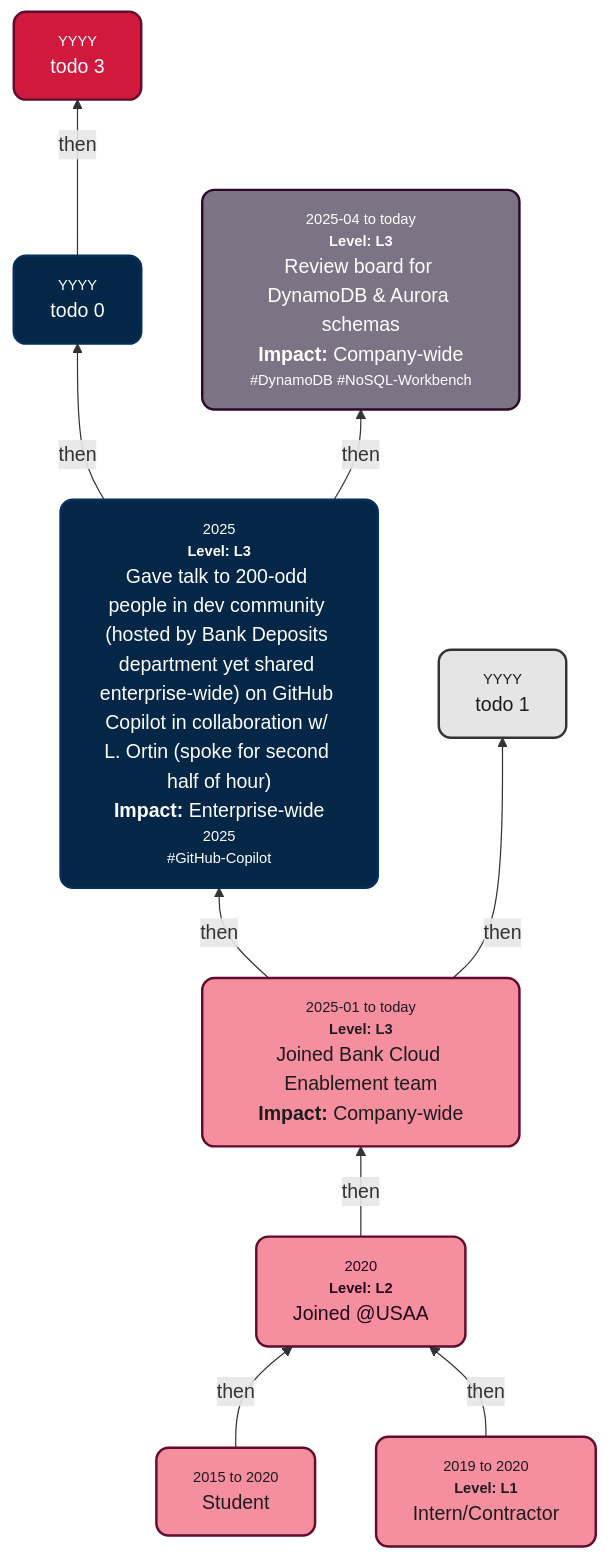
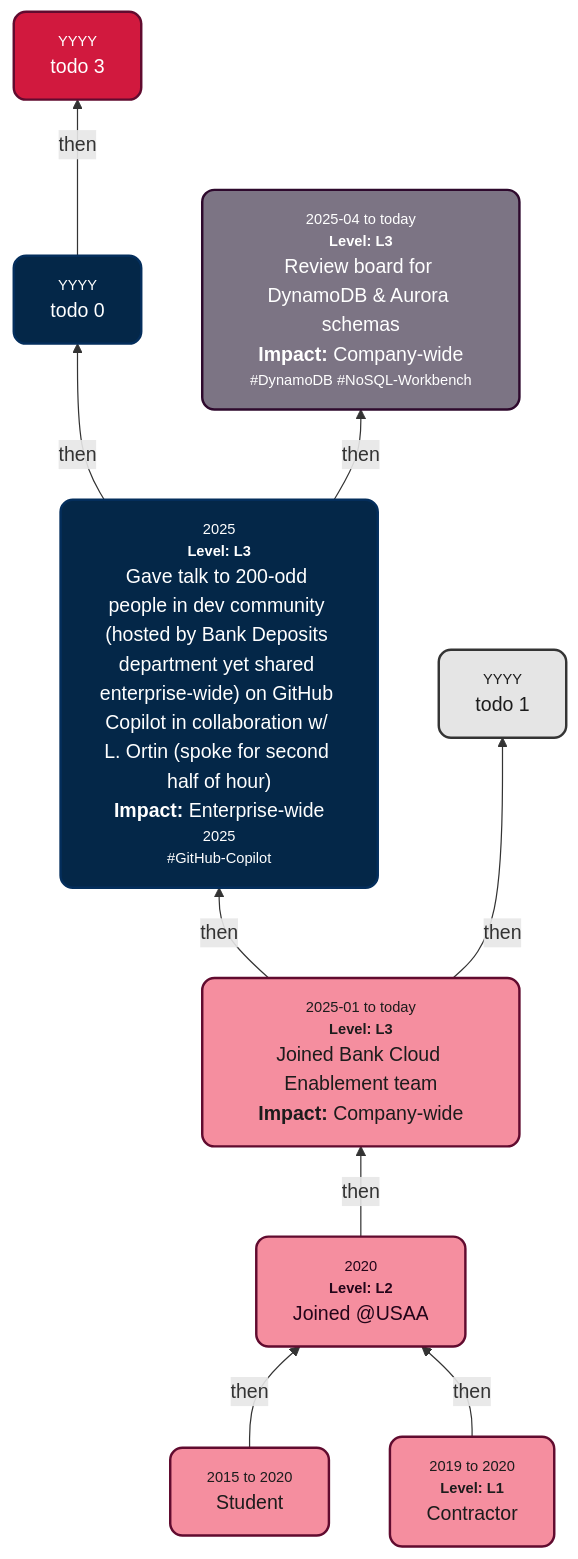
Before and after one commit to s-sepanski/portfolio: the diagram in README.md, drawn with Mermaid. The commit also changed other lines of this file and 1 other file, not shown here.

Commit message:
task: content

````diff
--- a/README.md
+++ b/README.md
@@ -37,22 +37,22 @@
 ```mermaid
 graph BT
     PreStudentNode["<div style='font-size:75%;  color:#848484; text-align:center;'>2015 to 2020</div>Student"] -->|then| A["<div style='font-size:75%; color:#848484; text-align:center;'>2020</div><div style='font-size:75%; color:#848484; text-align:center;'><b>Level: L2</b><br/></div>Joined @USAA<br>"]
-    ContractorNode["<div style='font-size:75%; color:#848484; text-align:center;'>2019 to 2020</div><div style='font-size:75%; color:#848484; text-align:center;'><b>Level: L1</b></div>Intern/Contractor"] -->|then| A
+    ContractorNode["<div style='font-size:75%; color:#848484; text-align:center;'>2019 to 2020</div><div style='font-size:75%; color:#848484; text-align:center;'><b>Level: L1</b></div>Contractor"] -->|then| A
     A -->|then| B["<div style='font-size:75%; color:#848484; text-align:center;'>2025-01 to today</div><div style='font-size:75%; color:#848484; text-align:center;'><b>Level: L3</b><br/></div>Joined Bank Cloud Enablement team<br/><b>Impact: </b>Company-wide"]
     B -->|then| C["<div style='font-size:75%; color:#848484; text-align:center;'>2025</div><div style='font-size:75%; color:#848484; text-align:center;'><b>Level: L3</b><br/></div>Gave talk to 200-odd people in dev community (hosted by Bank Deposits department yet shared enterprise-wide) on GitHub Copilot in collaboration w/ L. Ortin (spoke for second half of hour)<br/><b>Impact: </b>Enterprise-wide<div style='font-size:75%; color:#848484; text-align:center;'>2025</div><div style='font-size:75%; color:#848484; text-align:center;'>#GitHub-Copilot<br/></div>"]
     C -->|then| D["<div style='font-size:75%; color:#848484; text-align:center;'>YYYY</div>todo 0"]
     B -->|then| E["<div style='font-size:75%; color:#848484; text-align:center;'>YYYY</div>todo 1"]
     C -->|then| F["<div style='font-size:75%; color:#848484; text-align:center;'>2025-04 to today</div><div style='font-size:75%; color:#848484; text-align:center;'><b>Level: L3</b><br/></div>Review board for DynamoDB & Aurora schemas<br/><b>Impact: </b>Company-wide<div style='font-size:75%; color:#848484; text-align:center;'>#DynamoDB #NoSQL-Workbench<br/></div>"]
     D -->|then| G["<div style='font-size:75%; color:#848484; text-align:center;'>YYYY</div>todo 3"]
     style PreStudentNode fill:#f58e9f,stroke:#610b2f,stroke-width:2px,color:#1c1c1c
     style ContractorNode fill:#f58e9f,stroke:#610b2f,stroke-width:2px,color:#1c1c1c
     style A fill:#f58e9f,stroke:#610b2f,stroke-width:2px,color:#230519
     style B fill:#f58e9f,stroke:#610b2f,stroke-width:2px,color:#1c1c1c
     style C fill:#042748,stroke:#042e5c,stroke-width:2px,color:#FFFFFF
     style D fill:#042748,stroke:#042e5c,stroke-width:2px,color:#FFFFFF
     style E fill:#e5e5e5,stroke:#343434,stroke-width:2px,color:#1c1c1c
     style F fill:#7c7484,stroke:#2e092d,stroke-width:2px,color:#FFFFFF
     style G fill:#d1193e,stroke:#610b2f,stroke-width:2px,color:#FFFFFF
     classDef rounded stroke-width:2px,rx:10,ry:10;
     class PreStudentNode,ContractorNode,A,B,C,D,E,F,G rounded;
 ```
````
